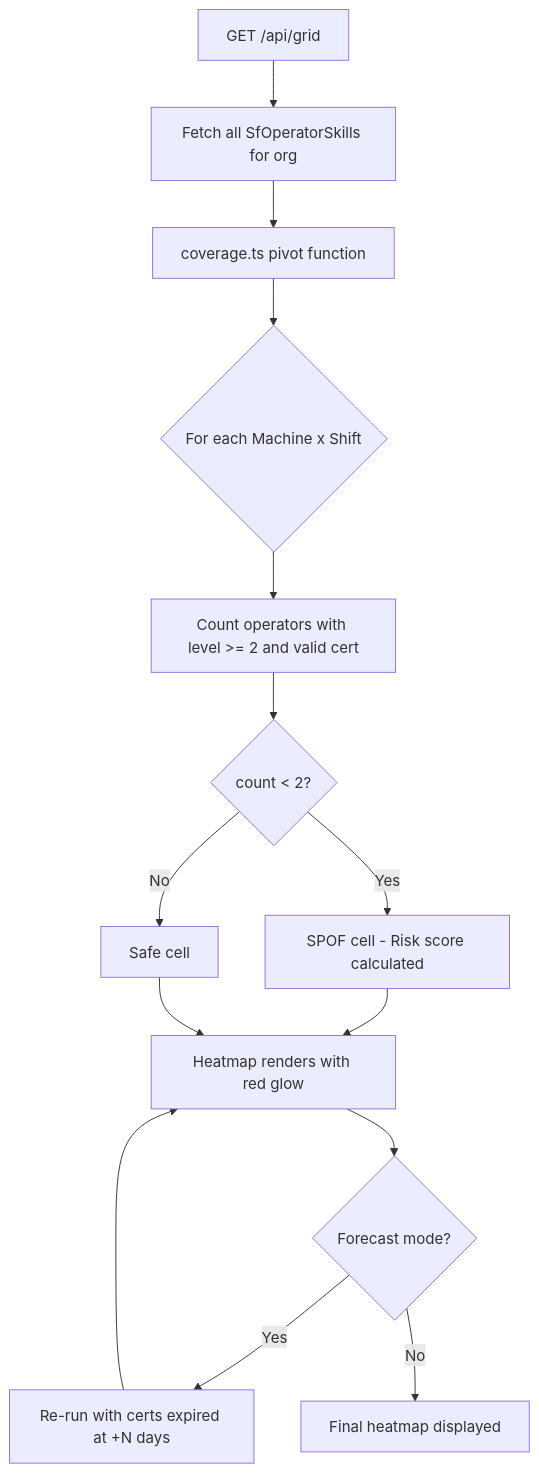
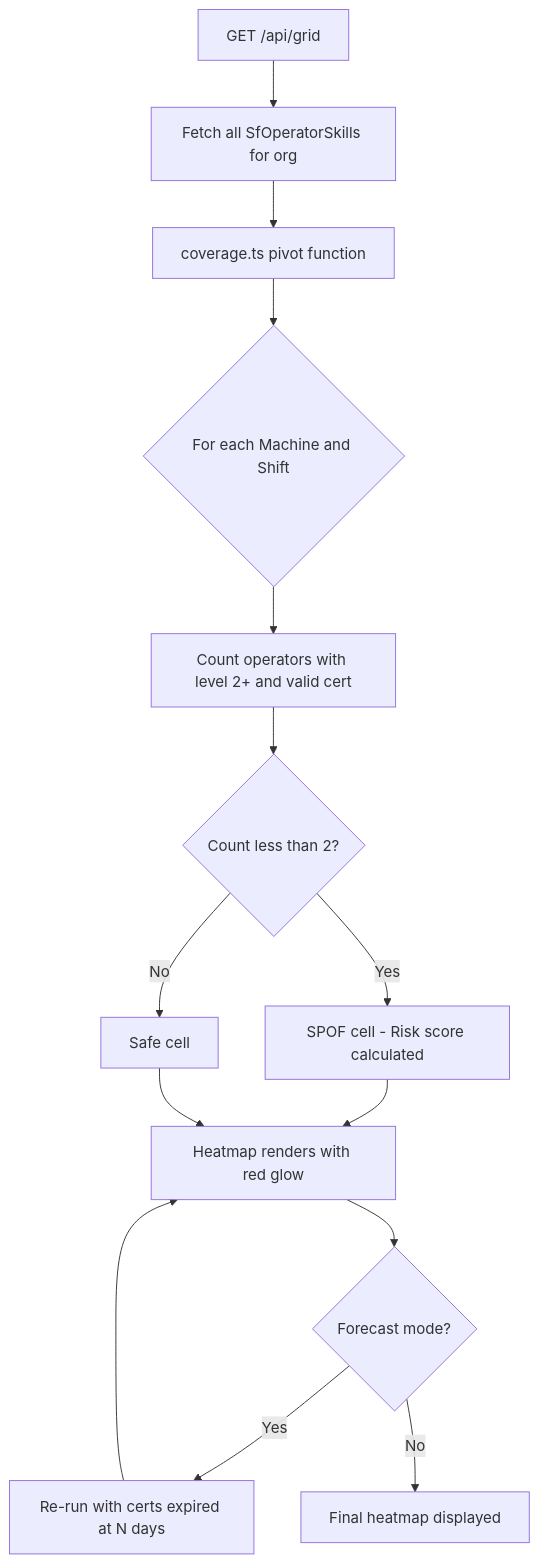
The sixth of 8 diagrams in README.md (awakenedarpit/skillsforge), drawn with Mermaid before and after one commit. The commit also changed other lines of this file, not shown here.

Commit message:
fix: sanitize Mermaid diagrams syntax and clean ER diagram relationships

````diff
--- a/README.md
+++ b/README.md
@@ -214,16 +214,16 @@
 ```mermaid
 flowchart TD
     A["GET /api/grid"] --> B["Fetch all SfOperatorSkills for org"]
     B --> C["coverage.ts pivot function"]
-    C --> D{"For each Machine x Shift"}
-    D --> E["Count operators with level >= 2 and valid cert"]
-    E --> F{count < 2?}
+    C --> D{"For each Machine and Shift"}
+    D --> E["Count operators with level 2+ and valid cert"]
+    E --> F{"Count less than 2?"}
     F -- Yes --> G["SPOF cell - Risk score calculated"]
     F -- No --> H["Safe cell"]
     G --> I["Heatmap renders with red glow"]
     H --> I
-    I --> J{Forecast mode?}
-    J -- Yes --> K["Re-run with certs expired at +N days"]
+    I --> J{"Forecast mode?"}
+    J -- Yes --> K["Re-run with certs expired at N days"]
     K --> I
     J -- No --> L["Final heatmap displayed"]
 ```
````
